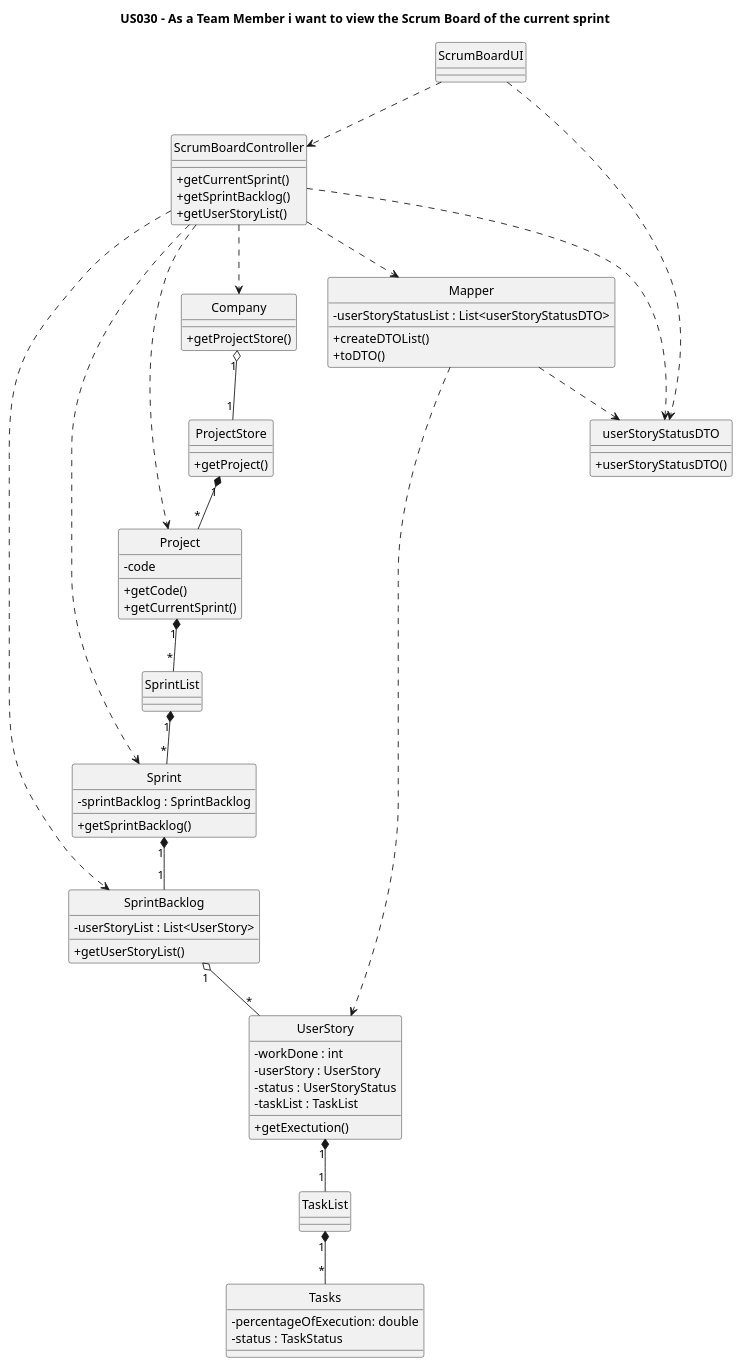
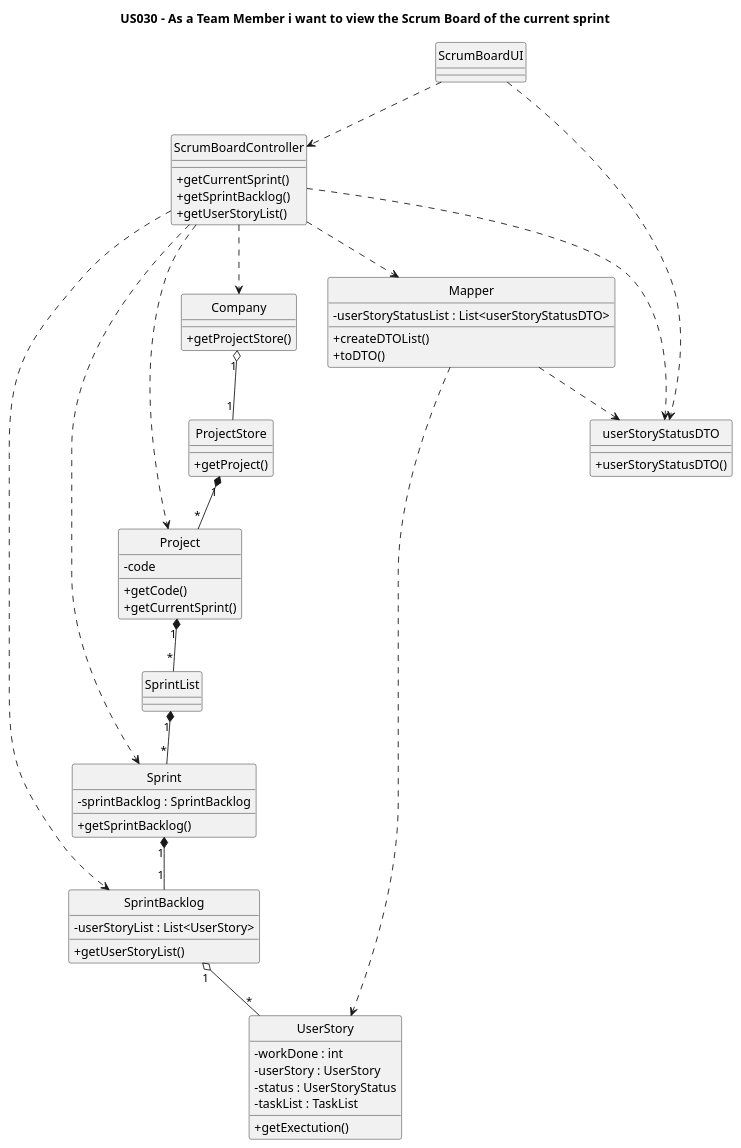
The diagram in docs/Sprint3/US030/US030-CD.puml (nunogon1211787/projectManagement), drawn with PlantUML before and after one commit. The commit also changed 8 other files, not shown here.

```diff
--- a/docs/Sprint3/US030/US030-CD.puml
+++ b/docs/Sprint3/US030/US030-CD.puml
@@ -1,88 +1,80 @@
 @startuml
 'https://plantuml.com/class-diagram
 
 hide circle
 skinparam classAttributeIconSize 0
 
 title US030 - As a Team Member i want to view the Scrum Board of the current sprint
 
 class ScrumBoardUI
 
 class ScrumBoardController{
 +getCurrentSprint()
 +getSprintBacklog()
 +getUserStoryList()
 }
 
 class Company{
 +getProjectStore()
 }
 
 class ProjectStore{
 +getProject()
 }
 
 class Project{
 -code
 +getCode()
 +getCurrentSprint()
 }
 
 class SprintList{}
 
 class Sprint{
 -sprintBacklog : SprintBacklog
 +getSprintBacklog()
 }
 
 class SprintBacklog{
 -userStoryList : List<UserStory>
 +getUserStoryList()
 }
 
 class Mapper{
 -userStoryStatusList : List<userStoryStatusDTO>
 +createDTOList()
 +toDTO()
 }
 
 class userStoryStatusDTO{
 +userStoryStatusDTO()
 }
 
 class UserStory {
 -workDone : int
 -userStory : UserStory
 -status : UserStoryStatus
 -taskList : TaskList
 +getExectution()
 }
 
-class TaskList {
-}
-
-class Tasks{
--percentageOfExecution: double
--status : TaskStatus
-}
 
 ScrumBoardUI ..> ScrumBoardController
 ScrumBoardUI ..> userStoryStatusDTO
 ScrumBoardController ..> userStoryStatusDTO
 ScrumBoardController ..> Company
 ScrumBoardController ..> Project
 ScrumBoardController ..> Mapper
 Mapper ..> UserStory
 Mapper ..> userStoryStatusDTO
 Company "1" o-- "1" ProjectStore
 ProjectStore "1" *-- "*" Project
 Project "1" *-- "*" SprintList
 SprintList "1" *-- "*" Sprint
 Sprint "1" *-- "1" SprintBacklog
 SprintBacklog "1" o-- "*" UserStory
-UserStory "1" *-- "1" TaskList
-TaskList "1" *-- "*" Tasks
+
 ScrumBoardController ..> SprintBacklog
 ScrumBoardController ..> Sprint
 
 @enduml
```
